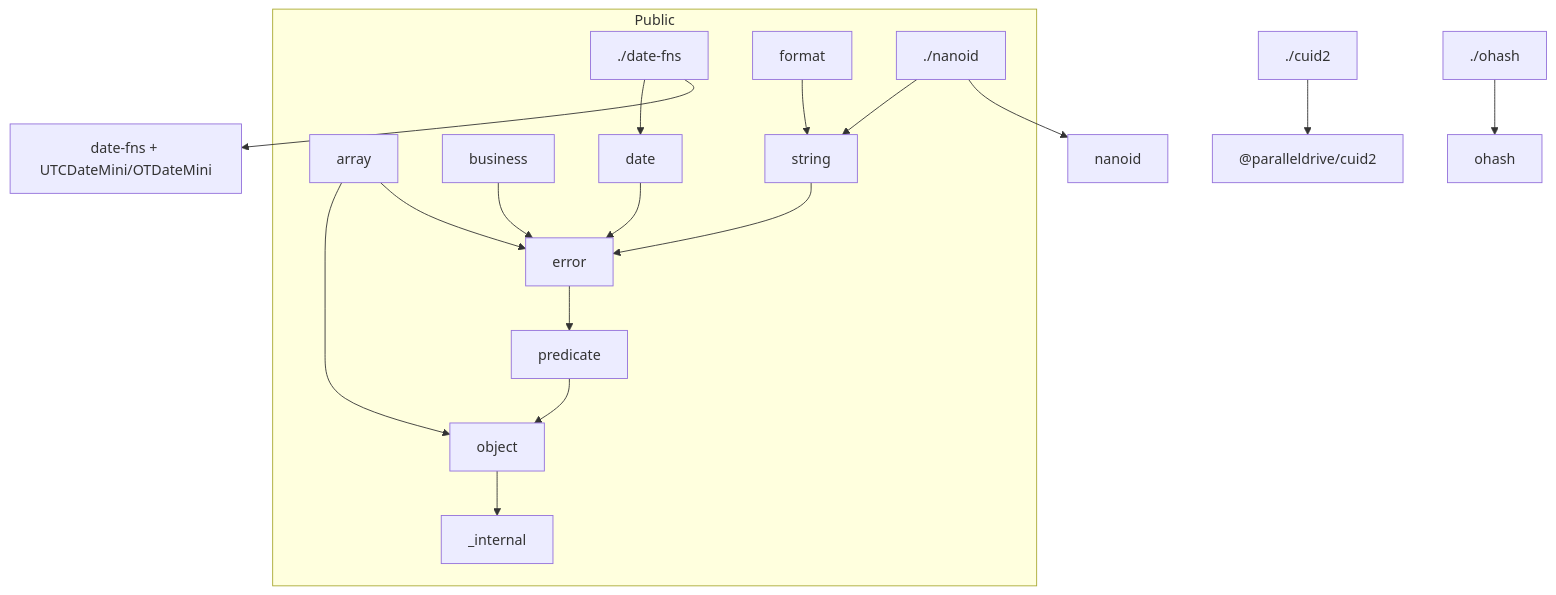
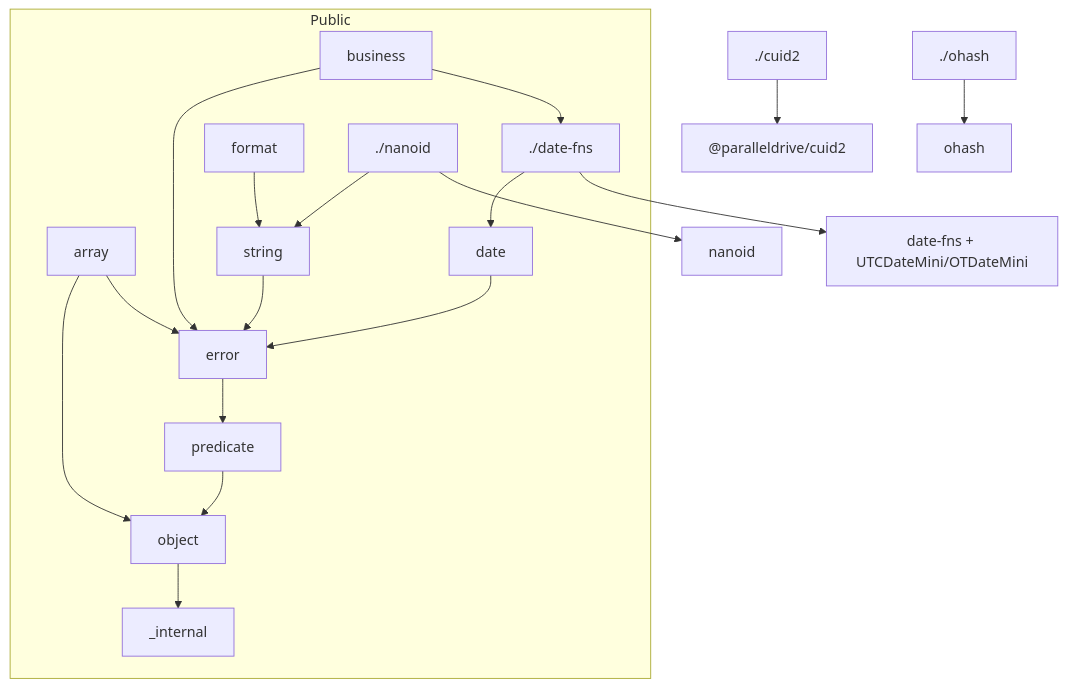
The diagram in .agents/docs/architecture.md (bingtsingw/xstools-open), drawn with Mermaid before and after one commit. The commit also changed other lines of this file and 11 other files, not shown here.

````diff
--- a/.agents/docs/architecture.md
+++ b/.agents/docs/architecture.md
@@ -62,21 +62,22 @@
 ```mermaid
 flowchart TB
   subgraph public [Public]
     array --> object
     array --> error
     business --> error
+    business --> date_fns_exp
     date --> error
     date_fns_exp --> date
     string --> error
     format --> string
     error --> predicate
     predicate --> object
     object --> internal["_internal"]
     nanoid_exp["./nanoid"] --> string
   end
 
   cuid2_exp["./cuid2"] --> cuid2lib["@paralleldrive/cuid2"]
   date_fns_exp["./date-fns"] --> datefns["date-fns + UTCDateMini/OTDateMini"]
   nanoid_exp --> nanoidlib[nanoid]
   ohash_exp["./ohash"] --> ohashlib[ohash]
 ```
````
